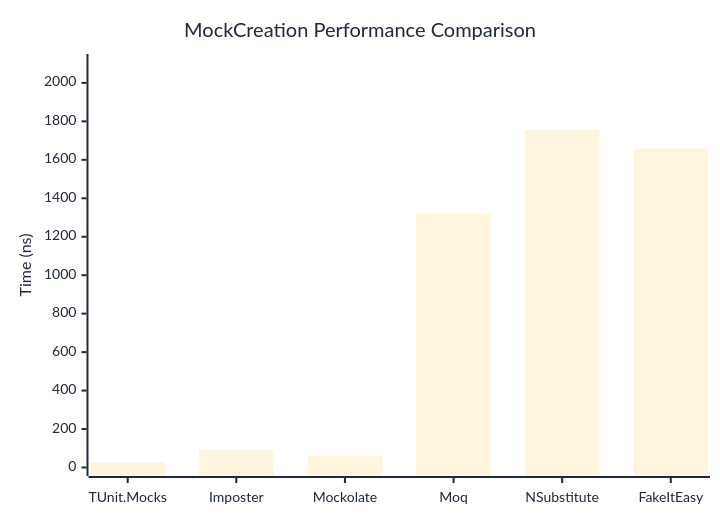
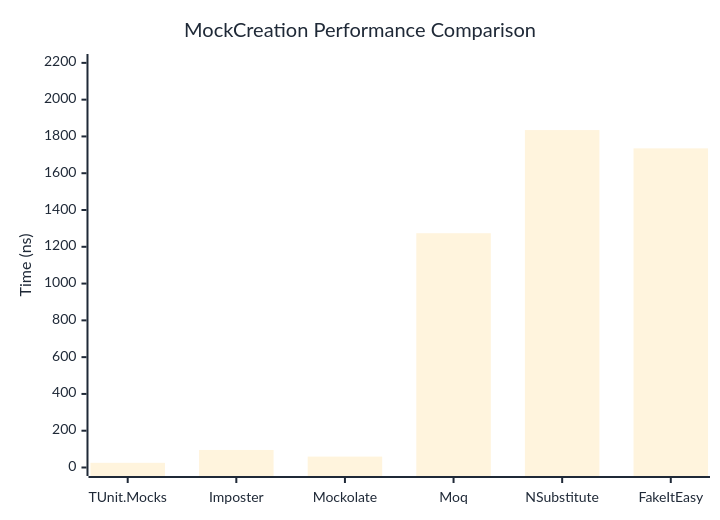
One commit to thomhurst/TUnit changed the first of 2 diagrams in docs/docs/benchmarks/mocks/MockCreation.md. Above: the diagram before and after it, drawn with Mermaid. The commit also changed other lines of this file and 14 other files, not shown here.

````diff
--- a/docs/docs/benchmarks/mocks/MockCreation.md
+++ b/docs/docs/benchmarks/mocks/MockCreation.md
@@ -28,27 +28,27 @@
 ```mermaid
 %%{init: {
   'theme':'base',
   'themeVariables': {
     'primaryColor': '#2563eb',
     'primaryTextColor': '#1f2937',
     'primaryBorderColor': '#1e40af',
     'lineColor': '#6b7280',
     'secondaryColor': '#7c3aed',
     'tertiaryColor': '#dc2626',
     'background': '#ffffff',
     'pie1': '#2563eb',
     'pie2': '#7c3aed',
     'pie3': '#dc2626',
     'pie4': '#f59e0b',
     'pie5': '#10b981',
     'pie6': '#06b6d4',
     'pie7': '#ec4899',
     'pie8': '#6366f1'
   }
 }}%%
 xychart-beta
   title "MockCreation Performance Comparison"
   x-axis ["TUnit.Mocks", "Imposter", "Mockolate", "Moq", "NSubstitute", "FakeItEasy"]
-  y-axis "Time (ns)" 0 --> 2106
-  bar [25.56, 90.54, 60.03, 1320.57, 1754.76, 1657.7]
+  y-axis "Time (ns)" 0 --> 2202
+  bar [25.37, 95.39, 59.29, 1273.75, 1834.64, 1735.21]
 ```
````
